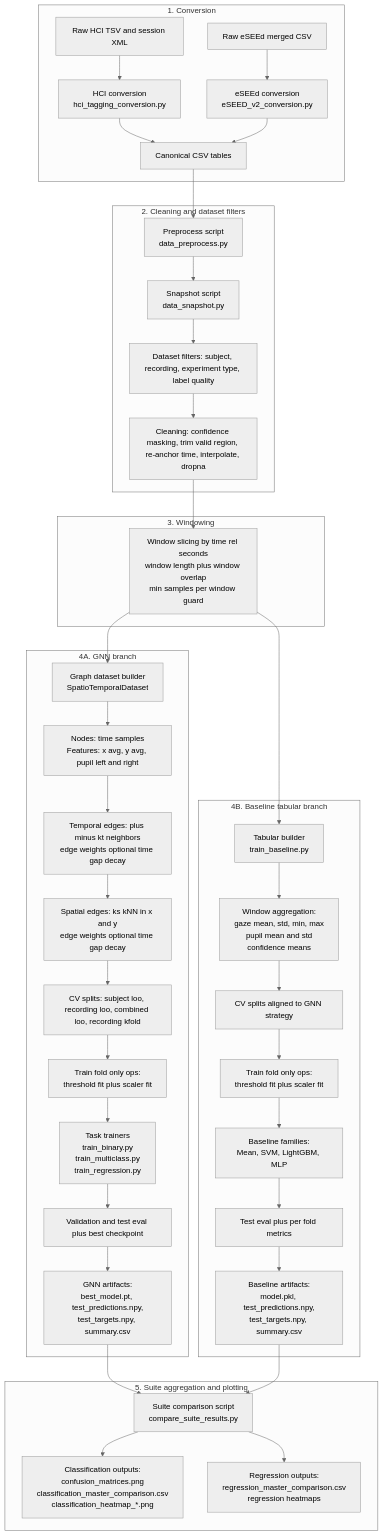
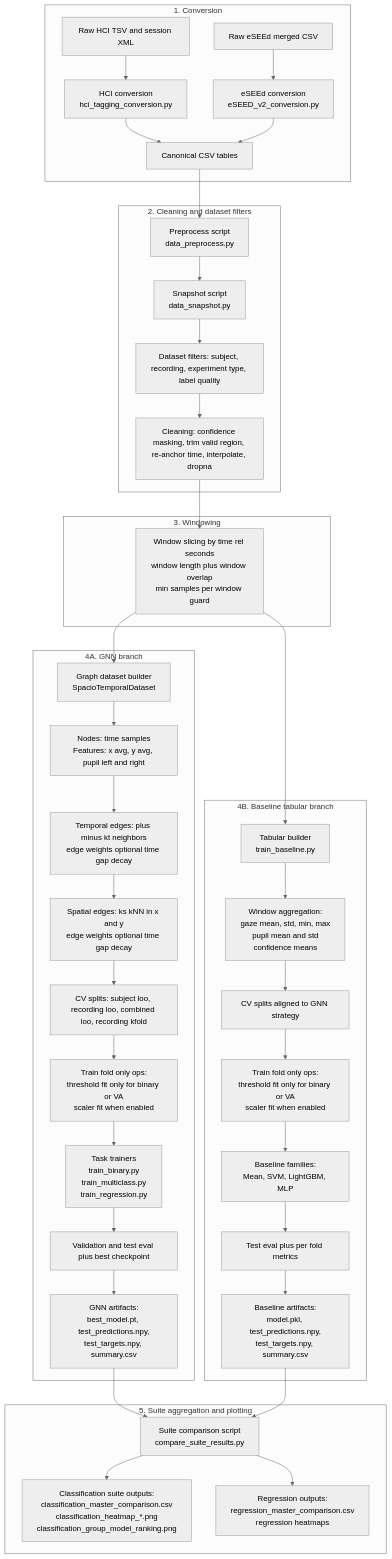
Before and after one commit to Space0code/GFM-for-eyetracker: the first of 2 diagrams in docs/prompts/solutions/solution_gnn_detailed_dataflow_schema.md, drawn with Mermaid (neutral theme). The commit also changed other lines of this file and 8 other files, not shown here.

Commit message:
Refine documentation and data descriptions in README and appendix files; clarify dataset details, experiment findings, and GNN architecture specifics.

````diff
--- a/docs/prompts/solutions/solution_gnn_detailed_dataflow_schema.md
+++ b/docs/prompts/solutions/solution_gnn_detailed_dataflow_schema.md
@@ -4,66 +4,66 @@
 ```mermaid
 flowchart TB
     raw_hci["Raw HCI TSV and session XML"]
     raw_eseed["Raw eSEEd merged CSV"]
 
     subgraph conv["1. Conversion"]
         hci_conv["HCI conversion<br/>hci_tagging_conversion.py"]
         eseed_conv["eSEEd conversion<br/>eSEED_v2_conversion.py"]
         canonical["Canonical CSV tables"]
         raw_hci --> hci_conv --> canonical
         raw_eseed --> eseed_conv --> canonical
     end
 
     subgraph prep["2. Cleaning and dataset filters"]
         preprocess["Preprocess script<br/>data_preprocess.py"]
         snapshot["Snapshot script<br/>data_snapshot.py"]
         filters["Dataset filters: subject, recording, experiment type, label quality"]
         clean["Cleaning: confidence masking, trim valid region, re-anchor time, interpolate, dropna"]
         canonical --> preprocess --> snapshot --> filters --> clean
     end
 
     subgraph win["3. Windowing"]
         windows["Window slicing by time rel seconds\nwindow length plus window overlap\nmin samples per window guard"]
         clean --> windows
     end
 
     subgraph gnn["4A. GNN branch"]
-        gds["Graph dataset builder<br/>SpatioTemporalDataset"]
+        gds["Graph dataset builder<br/>SpacioTemporalDataset"]
         nodes["Nodes: time samples\nFeatures: x avg, y avg, pupil left and right"]
         et["Temporal edges: plus minus kt neighbors\nedge weights optional time gap decay"]
         es["Spatial edges: ks kNN in x and y\nedge weights optional time gap decay"]
         split_g["CV splits: subject loo, recording loo, combined loo, recording kfold"]
-        fold_ops_g["Train fold only ops:\nthreshold fit plus scaler fit"]
+        fold_ops_g["Train fold only ops:\nthreshold fit only for binary or VA\nscaler fit when enabled"]
         train_g["Task trainers\ntrain_binary.py\ntrain_multiclass.py\ntrain_regression.py"]
         eval_g["Validation and test eval plus best checkpoint"]
         art_g["GNN artifacts:\nbest_model.pt, test_predictions.npy,\ntest_targets.npy, summary.csv"]
 
         gds --> nodes --> et --> es --> split_g --> fold_ops_g --> train_g --> eval_g --> art_g
     end
 
     subgraph tab["4B. Baseline tabular branch"]
         tbuild["Tabular builder\ntrain_baseline.py"]
         agg["Window aggregation:\ngaze mean, std, min, max\npupil mean and std\nconfidence means"]
         split_t["CV splits aligned to GNN strategy"]
-        fold_ops_t["Train fold only ops:\nthreshold fit plus scaler fit"]
+        fold_ops_t["Train fold only ops:\nthreshold fit only for binary or VA\nscaler fit when enabled"]
         train_t["Baseline families:\nMean, SVM, LightGBM, MLP"]
         eval_t["Test eval plus per fold metrics"]
         art_t["Baseline artifacts:\nmodel.pkl, test_predictions.npy,\ntest_targets.npy, summary.csv"]
 
         tbuild --> agg --> split_t --> fold_ops_t --> train_t --> eval_t --> art_t
     end
 
     subgraph suite["5. Suite aggregation and plotting"]
         compare["Suite comparison script\ncompare_suite_results.py"]
-        plots_cls["Classification outputs:\nconfusion_matrices.png\nclassification_master_comparison.csv\nclassification_heatmap_*.png"]
+        plots_cls["Classification suite outputs:\nclassification_master_comparison.csv\nclassification_heatmap_*.png\nclassification_group_model_ranking.png"]
         plots_reg["Regression outputs:\nregression_master_comparison.csv\nregression heatmaps"]
 
         art_g --> compare
         art_t --> compare
         compare --> plots_cls
         compare --> plots_reg
     end
 
     windows --> gds
     windows --> tbuild
 ```
````
